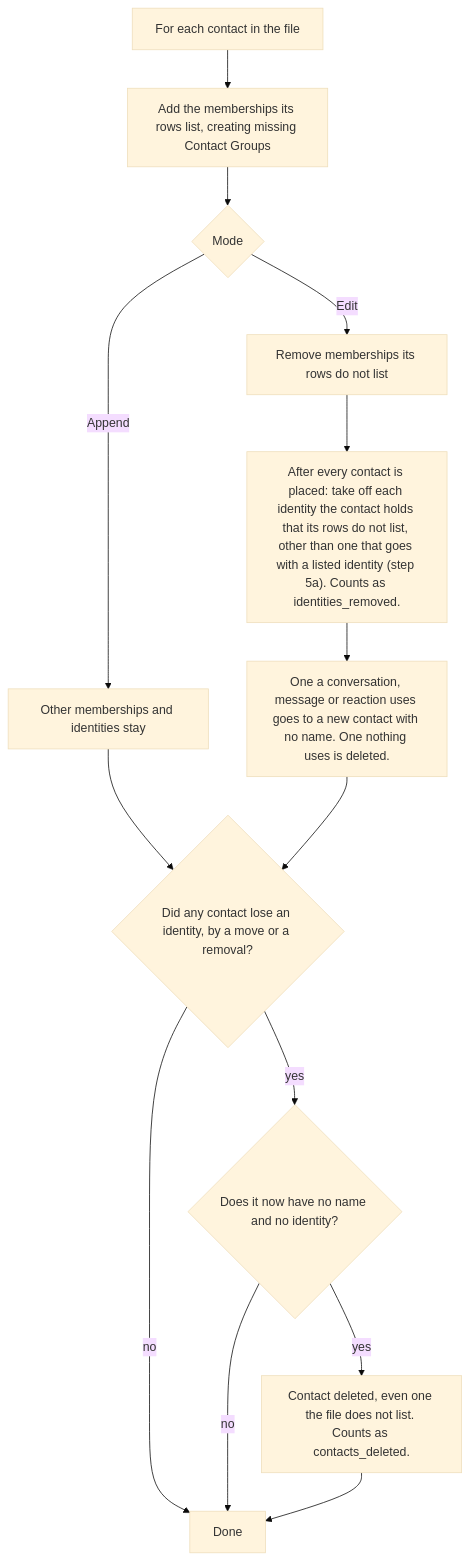
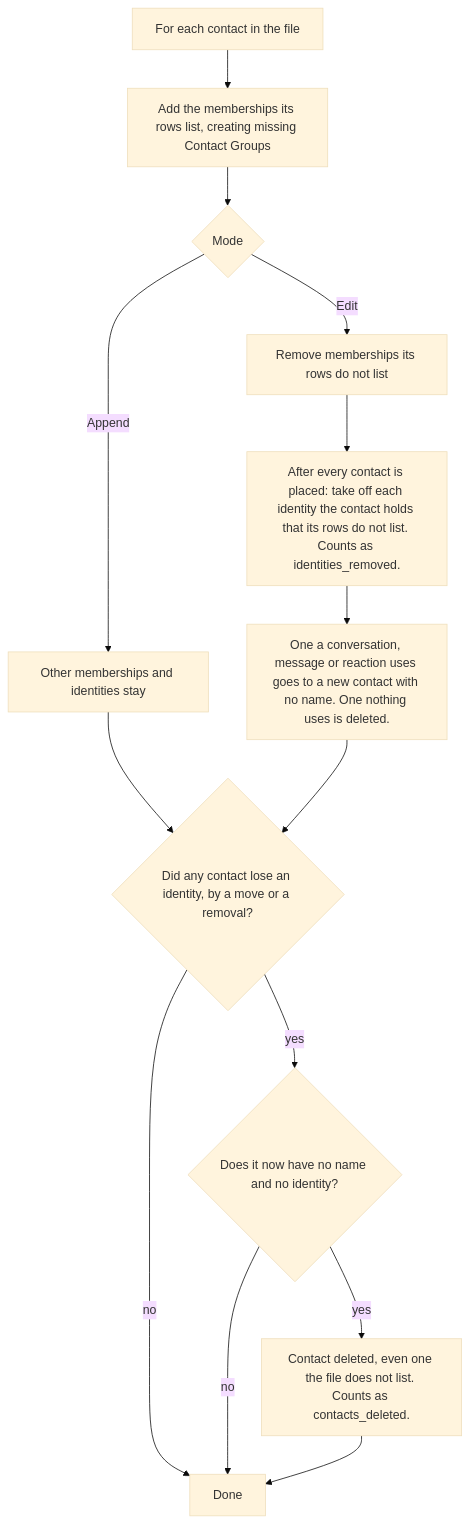
One commit to messagecrate/message-crate changed the eighth of 8 diagrams in docs/architecture/how-contacts-are-made-and-changed.md. Above: the diagram before and after it, drawn with Mermaid (base theme). The commit also changed other lines of this file and 5 other files, not shown here.

````diff
--- a/docs/architecture/how-contacts-are-made-and-changed.md
+++ b/docs/architecture/how-contacts-are-made-and-changed.md
@@ -348,16 +325,16 @@
 ```mermaid
 flowchart TD
   A["For each contact in the file"] --> B["Add the memberships its rows list, creating missing Contact Groups"]
   B --> M{"Mode"}
   M -- Append --> Z["Other memberships and identities stay"]
   M -- Edit --> C["Remove memberships its rows do not list"]
-  C --> D["After every contact is placed: take off each identity the contact holds that its rows do not list, other than one that goes with a listed identity (step 5a). Counts as identities_removed."]
+  C --> D["After every contact is placed: take off each identity the contact holds that its rows do not list. Counts as identities_removed."]
   D --> D1["One a conversation, message or reaction uses goes to a new contact with no name. One nothing uses is deleted."]
   Z --> E
   D1 --> E{"Did any contact lose an identity, by a move or a removal?"}
   E -- no --> G
   E -- yes --> F{"Does it now have no name and no identity?"}
   F -- yes --> F1["Contact deleted, even one the file does not list. Counts as contacts_deleted."]
   F -- no --> G
   F1 --> G["Done"]
 ```
````
